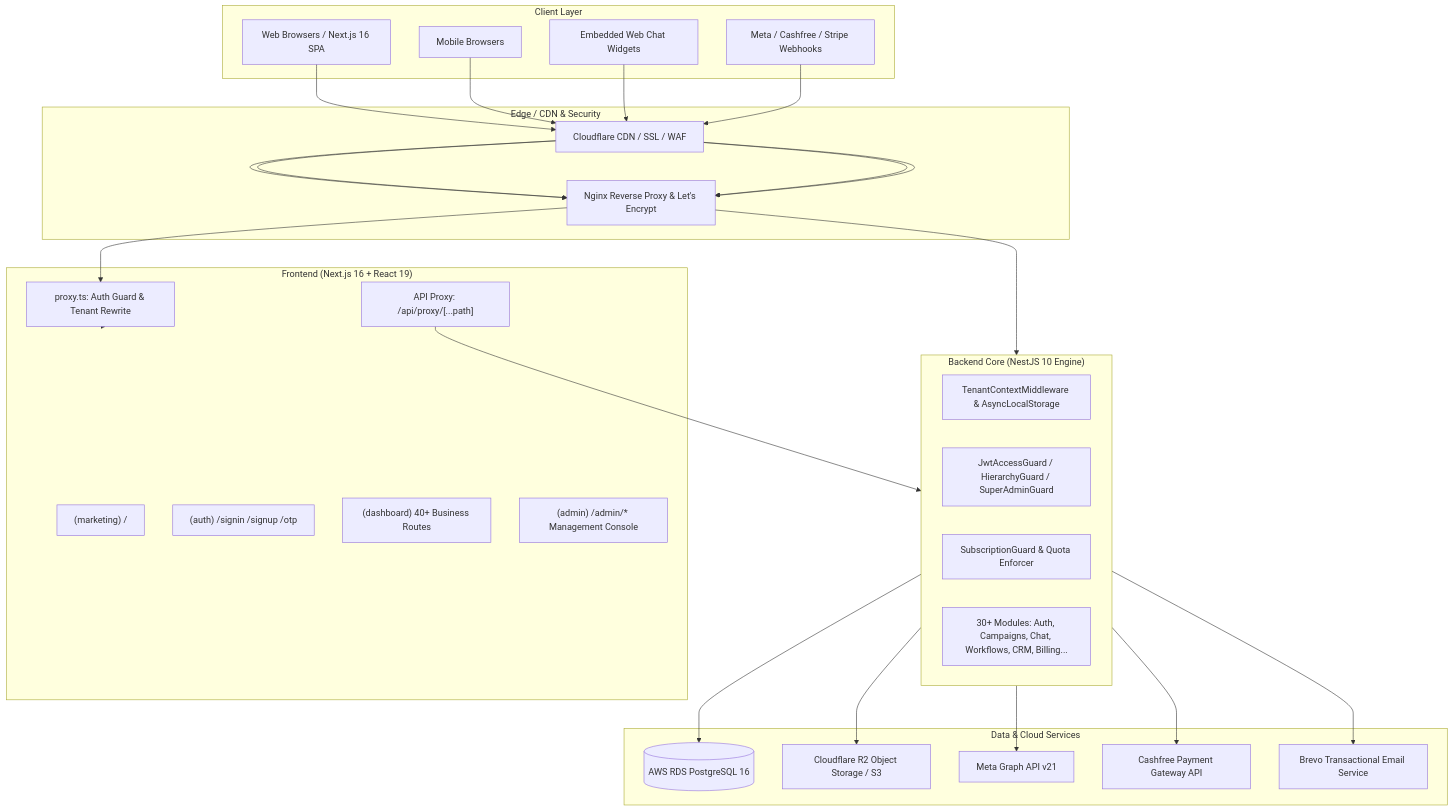
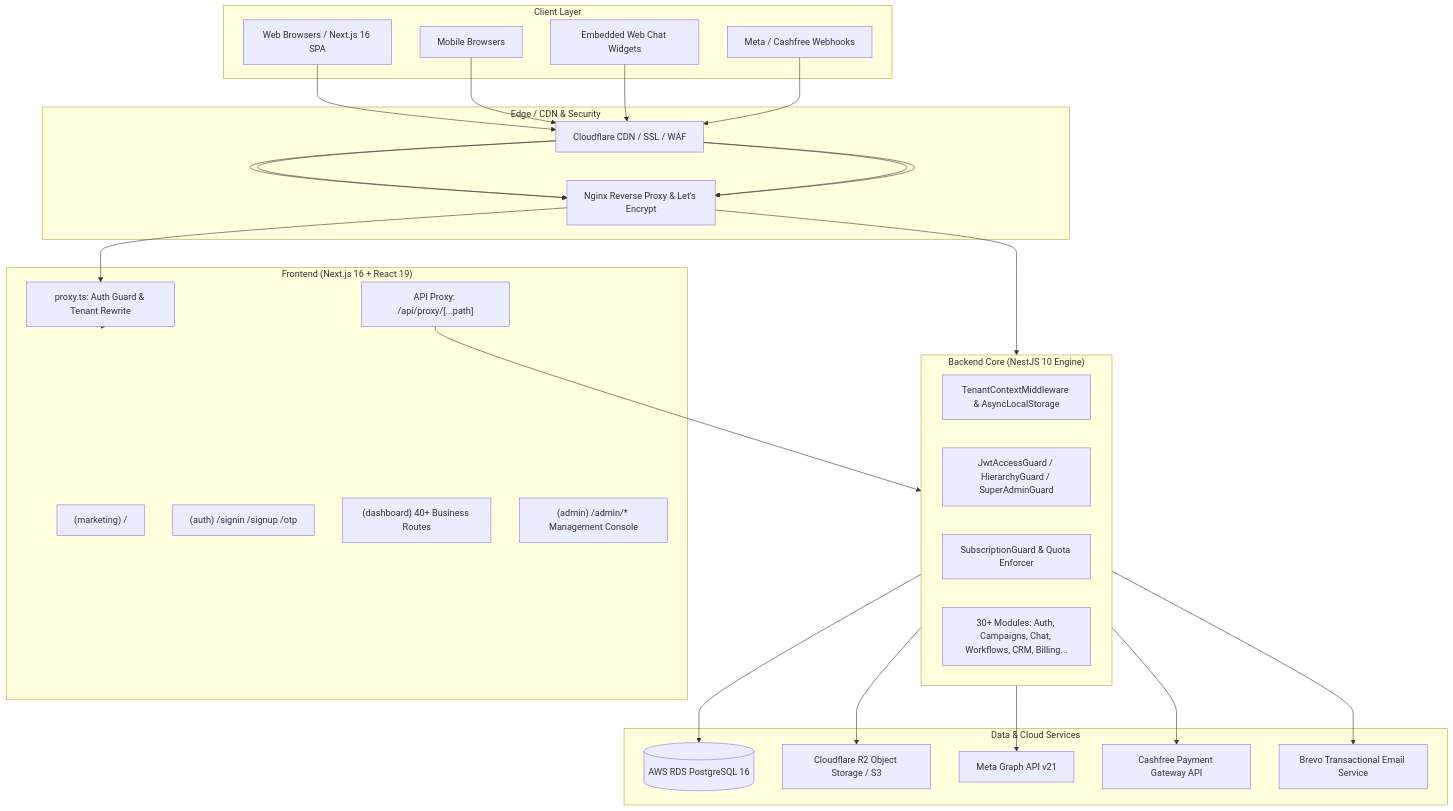
One commit to HexaNode-Systems/Appnix-saas changed the first of 7 diagrams in README.md. Above: the diagram before and after it, drawn with Mermaid. The commit also changed other lines of this file and 68 other files, not shown here.

Commit message:
feat: real-data cleanup for super admin, remove custom domains, and remove razorpay/stripe keeping cashfree

````diff
--- a/README.md
+++ b/README.md
@@ -44,53 +44,53 @@
 ```mermaid
 flowchart TB
     subgraph Clients["Client Layer"]
         Web[Web Browsers / Next.js 16 SPA]
         Mobile[Mobile Browsers]
-        WebhookSenders[Meta / Cashfree / Stripe Webhooks]
+        WebhookSenders[Meta / Cashfree Webhooks]
         ChatWidget[Embedded Web Chat Widgets]
     end
 
     subgraph Edge["Edge / CDN & Security"]
         CF[Cloudflare CDN / SSL / WAF]
         Nginx[Nginx Reverse Proxy & Let's Encrypt]
     end
 
     subgraph Frontend["Frontend (Next.js 16 + React 19)"]
         LandingPage["(marketing) /"]
         AuthApp["(auth) /signin /signup /otp"]
         DashboardApp["(dashboard) 40+ Business Routes"]
         AdminApp["(admin) /admin/* Management Console"]
         NextProxy["API Proxy: /api/proxy/[...path]"]
         NextMiddleware["proxy.ts: Auth Guard & Tenant Rewrite"]
     end
 
     subgraph Backend["Backend Core (NestJS 10 Engine)"]
         TenantContext[TenantContextMiddleware & AsyncLocalStorage]
         AuthGuard[JwtAccessGuard / HierarchyGuard / SuperAdminGuard]
         SubscriptionGuard[SubscriptionGuard & Quota Enforcer]
         Modules["30+ Modules: Auth, Campaigns, Chat, Workflows, CRM, Billing..."]
     end
 
     subgraph Storage["Data & Cloud Services"]
         RDS[(AWS RDS PostgreSQL 16)]
         R2[Cloudflare R2 Object Storage / S3]
         MetaAPI[Meta Graph API v21]
         CashfreeAPI[Cashfree Payment Gateway API]
         BrevoSMTP[Brevo Transactional Email Service]
     end
 
     Web --> CF --> Nginx
     Mobile --> CF --> Nginx
     ChatWidget --> CF --> Nginx
     WebhookSenders --> CF --> Nginx
 
     Nginx --> NextMiddleware --> Frontend
     Nginx --> Backend
 
     NextProxy --> Backend
     Backend --> RDS
     Backend --> R2
     Backend --> MetaAPI
     Backend --> CashfreeAPI
     Backend --> BrevoSMTP
 ```
````
